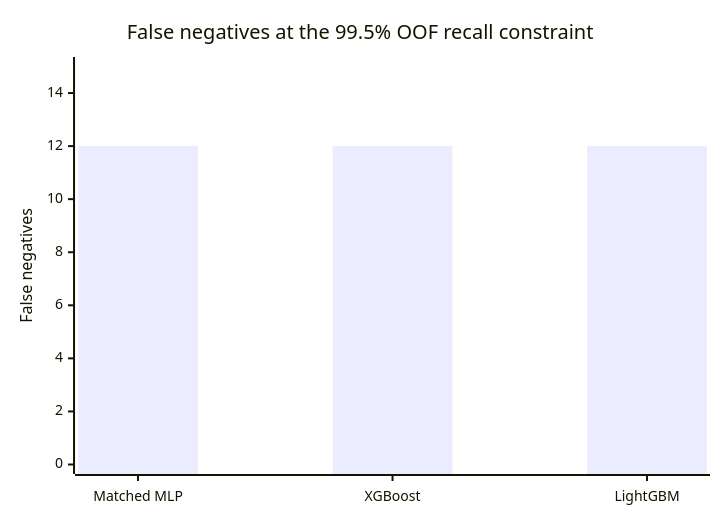
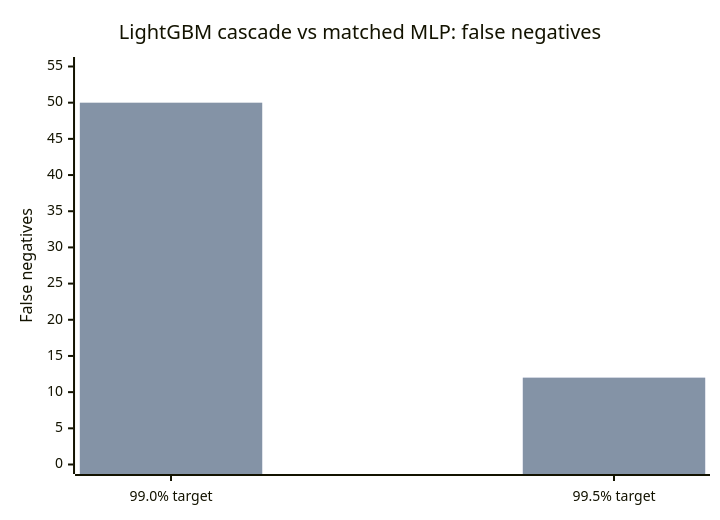
The second of 3 diagrams in README.md (Harshithpatali/cardiorisk-ai), drawn with Mermaid before and after one commit. The commit also changed other lines of this file, not shown here.

Commit message:
docs: explain recall-first two-tier model and evaluation

````diff
--- a/README.md
+++ b/README.md
@@ -125,7 +76,8 @@
 ```mermaid
 xychart-beta
-    title "False negatives at the 99.5% OOF recall constraint"
-    x-axis ["Matched MLP", "XGBoost", "LightGBM"]
-    y-axis "False negatives" 0 --> 15
-    bar [12, 12, 12]
+    title "LightGBM cascade vs matched MLP: false negatives"
+    x-axis ["99.0% target", "99.5% target"]
+    y-axis "False negatives" 0 --> 55
+    bar [38, 12]
+    bar [50, 12]
 ```
````
